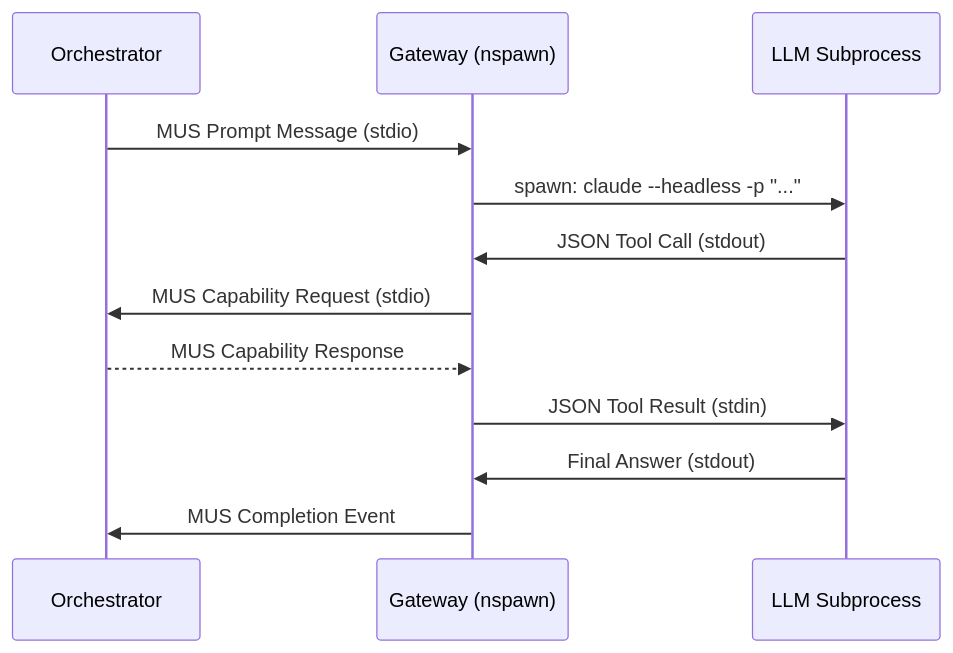
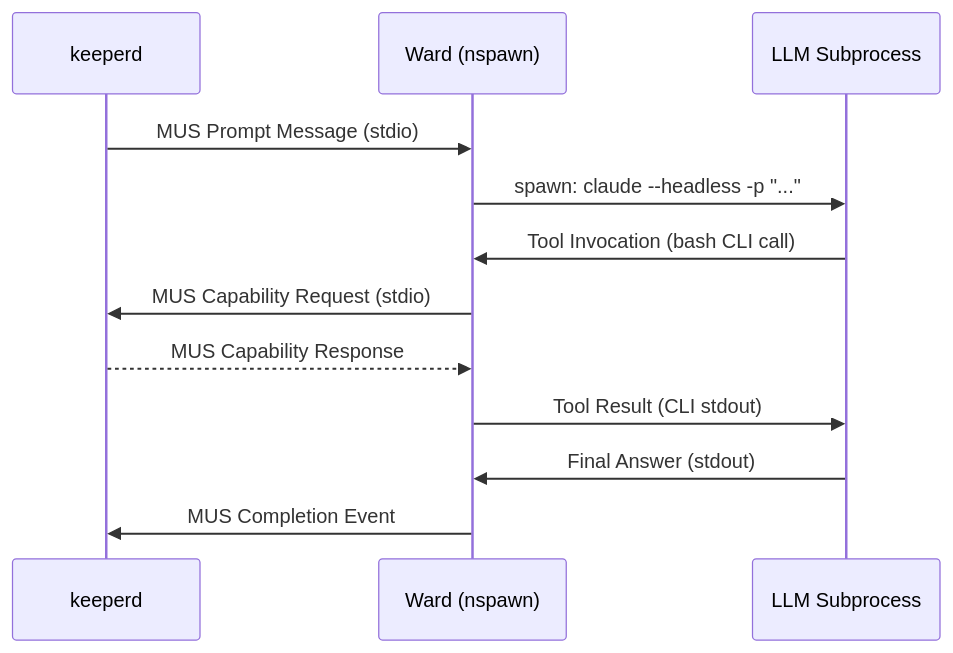
Before and after one commit to AgenticWrestling/vivary: the second of 2 diagrams in DESIGN.md, drawn with Mermaid. The commit also changed other lines of this file and 11 other files, not shown here.

````diff
--- a/DESIGN.md
+++ b/DESIGN.md
@@ -66,15 +91,15 @@
 ```mermaid
 sequenceDiagram
-    participant O as Orchestrator
-    participant G as Gateway (nspawn)
+    participant O as keeperd
+    participant W as Ward (nspawn)
     participant L as LLM Subprocess
 
-    O->>G: MUS Prompt Message (stdio)
-    G->>L: spawn: claude --headless -p "..."
-    L->>G: JSON Tool Call (stdout)
-    G->>O: MUS Capability Request (stdio)
-    O-->>G: MUS Capability Response
-    G->>L: JSON Tool Result (stdin)
-    L->>G: Final Answer (stdout)
-    G->>O: MUS Completion Event
+    O->>W: MUS Prompt Message (stdio)
+    W->>L: spawn: claude --headless -p "..."
+    L->>W: Tool Invocation (bash CLI call)
+    W->>O: MUS Capability Request (stdio)
+    O-->>W: MUS Capability Response
+    W->>L: Tool Result (CLI stdout)
+    L->>W: Final Answer (stdout)
+    W->>O: MUS Completion Event
 ```
````
